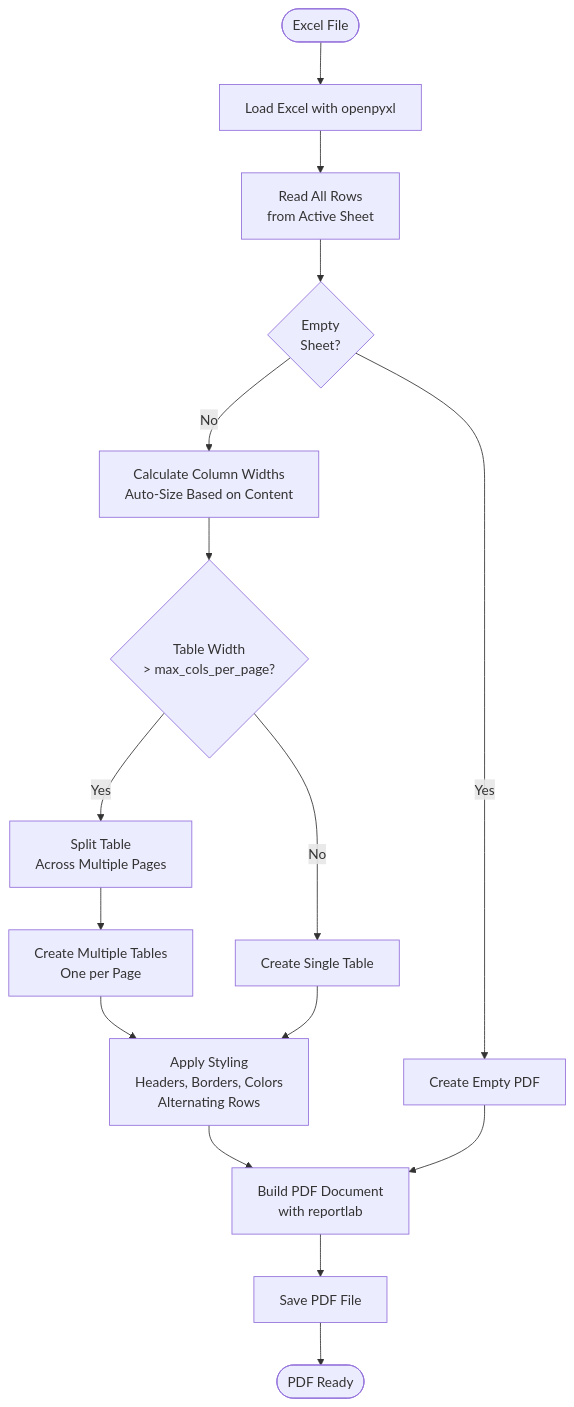
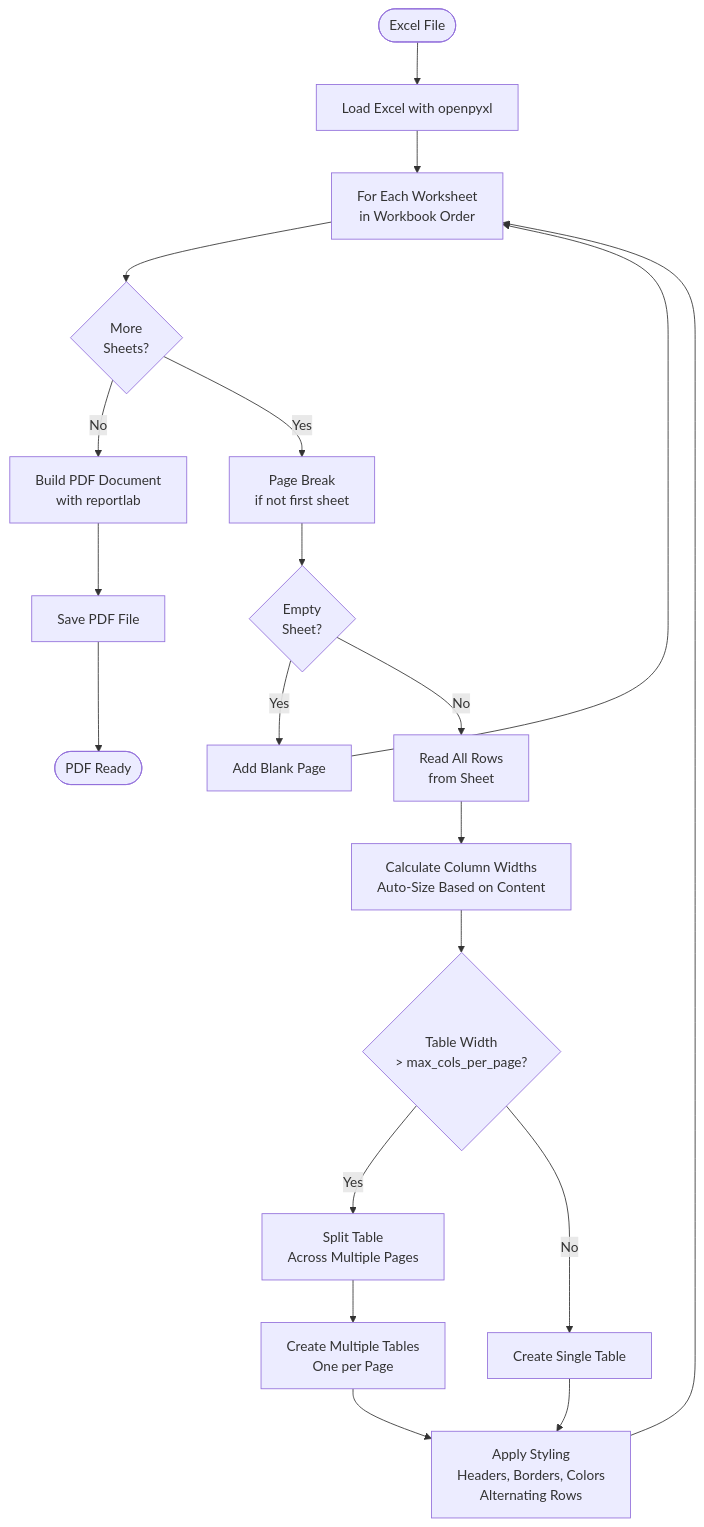
One commit to Yoavsb25/files-unifier changed the eighth of 18 diagrams in docs/ARCHITECTURE.md. Above: the diagram before and after it, drawn with Mermaid. The commit also changed other lines of this file and 2 other files, not shown here.

Commit message:
Enhance Excel to PDF conversion process
- Updated the converter to read all worksheets in order, with each sheet starting on a new page.
- Implemented handling for empty sheets, which now produce a blank page in the PDF.
- Refactored the PDF generation logic to support pagination for wide tables and auto-sizing of columns.
- Improved unit tests to cover scenarios with multiple sheets and empty sheets, ensuring robust functionality.

````diff
--- a/docs/ARCHITECTURE.md
+++ b/docs/ARCHITECTURE.md
@@ -577,18 +577,23 @@
 ```mermaid
 flowchart TD
     Start([Excel File]) --> LoadExcel[Load Excel with openpyxl]
-    LoadExcel --> ReadData[Read All Rows<br/>from Active Sheet]
-    ReadData --> CheckEmpty{Empty<br/>Sheet?}
-    CheckEmpty -->|Yes| CreateEmpty[Create Empty PDF]
-    CheckEmpty -->|No| CalculateWidths[Calculate Column Widths<br/>Auto-Size Based on Content]
+    LoadExcel --> ForSheets[For Each Worksheet<br/>in Workbook Order]
+    ForSheets --> MoreSheets{More<br/>Sheets?}
+    MoreSheets -->|No| BuildPDF
+    MoreSheets -->|Yes| PageBreak[Page Break<br/>if not first sheet]
+    PageBreak --> CheckEmpty{Empty<br/>Sheet?}
+    CheckEmpty -->|Yes| BlankPage[Add Blank Page]
+    CheckEmpty -->|No| ReadData[Read All Rows<br/>from Sheet]
+    BlankPage --> ForSheets
+    ReadData --> CalculateWidths[Calculate Column Widths<br/>Auto-Size Based on Content]
     CalculateWidths --> CheckWide{Table Width<br/>> max_cols_per_page?}
     CheckWide -->|Yes| SplitTable[Split Table<br/>Across Multiple Pages]
     CheckWide -->|No| CreateTable[Create Single Table]
     SplitTable --> CreatePages[Create Multiple Tables<br/>One per Page]
     CreatePages --> StyleTables[Apply Styling<br/>Headers, Borders, Colors<br/>Alternating Rows]
     CreateTable --> StyleTables
-    StyleTables --> BuildPDF[Build PDF Document<br/>with reportlab]
-    CreateEmpty --> BuildPDF
+    StyleTables --> ForSheets
+    BuildPDF[Build PDF Document<br/>with reportlab]
     BuildPDF --> SavePDF[Save PDF File]
     SavePDF --> End([PDF Ready])
 ```
````
